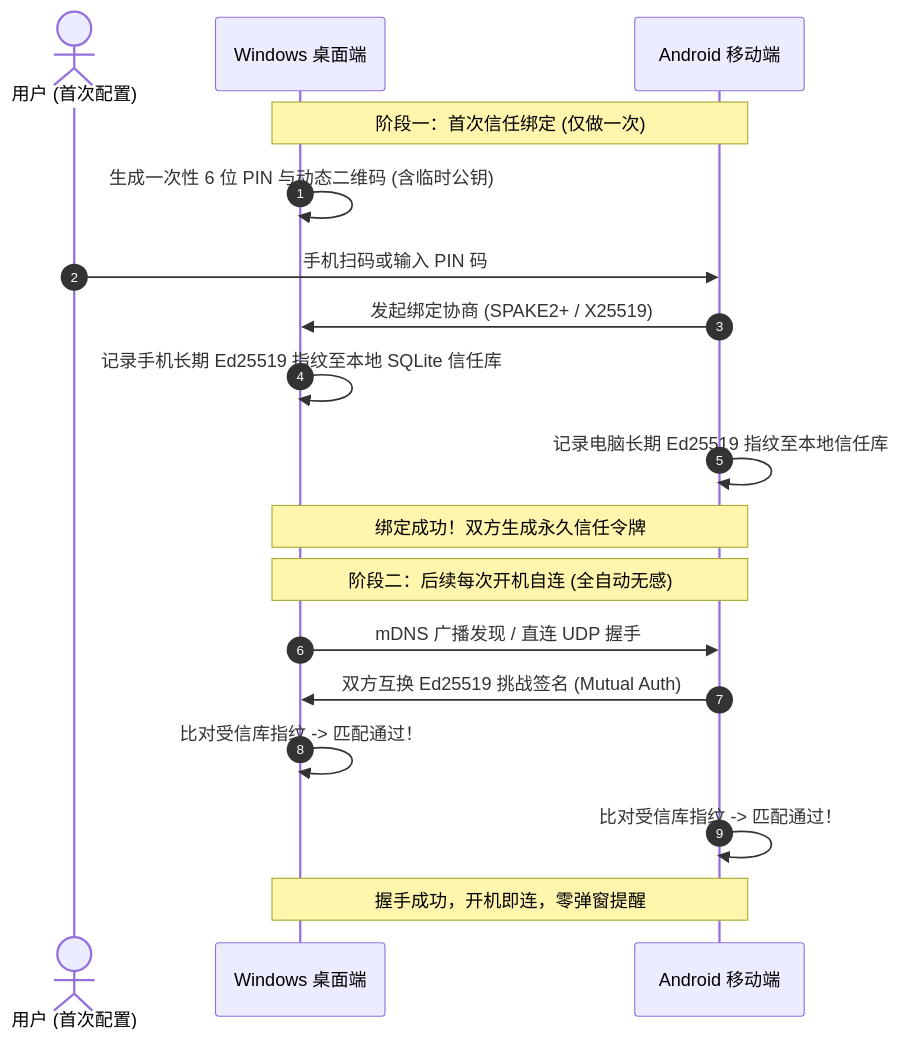
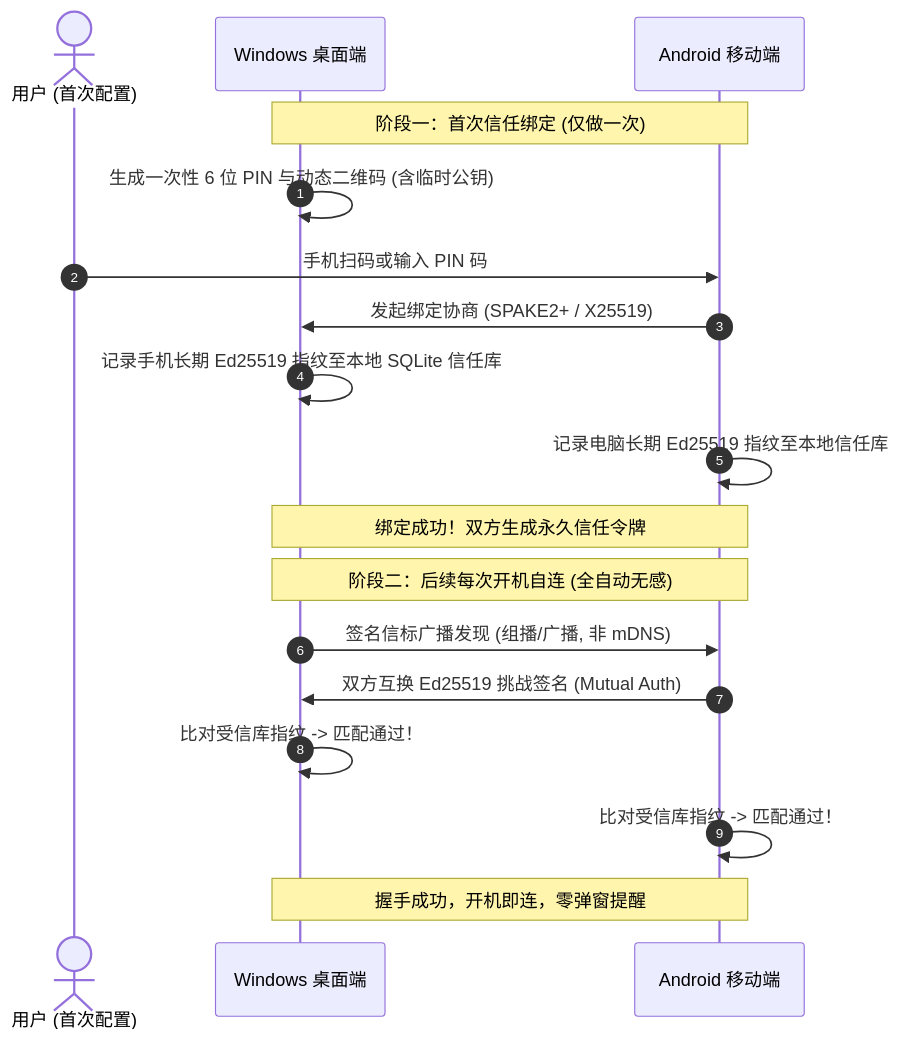
One commit to soldier-cv/feisuo changed the second of 3 diagrams in FRAMEWORK_DESIGN.md. Above: the diagram before and after it, drawn with Mermaid. The commit also changed other lines of this file and 130 other files, not shown here.

````diff
--- a/FRAMEWORK_DESIGN.md
+++ b/FRAMEWORK_DESIGN.md
@@ -145,22 +208,22 @@
 ```mermaid
 sequenceDiagram
     autonumber
     actor User as 用户 (首次配置)
     participant PC as Windows 桌面端
     participant Mobile as Android 移动端
 
     Note over PC,Mobile: 阶段一：首次信任绑定 (仅做一次)
     PC->>PC: 生成一次性 6 位 PIN 与动态二维码 (含临时公钥)
     User->>Mobile: 手机扫码或输入 PIN 码
     Mobile->>PC: 发起绑定协商 (SPAKE2+ / X25519)
     PC->>PC: 记录手机长期 Ed25519 指纹至本地 SQLite 信任库
     Mobile->>Mobile: 记录电脑长期 Ed25519 指纹至本地信任库
     Note over PC,Mobile: 绑定成功！双方生成永久信任令牌
 
     Note over PC,Mobile: 阶段二：后续每次开机自连 (全自动无感)
-    PC->>Mobile: mDNS 广播发现 / 直连 UDP 握手
+    PC->>Mobile: 签名信标广播发现 (组播/广播, 非 mDNS)
     Mobile->>PC: 双方互换 Ed25519 挑战签名 (Mutual Auth)
     PC->>PC: 比对受信库指纹 -> 匹配通过！
     Mobile->>Mobile: 比对受信库指纹 -> 匹配通过！
     Note over PC,Mobile: 握手成功，开机即连，零弹窗提醒
 ```
````
